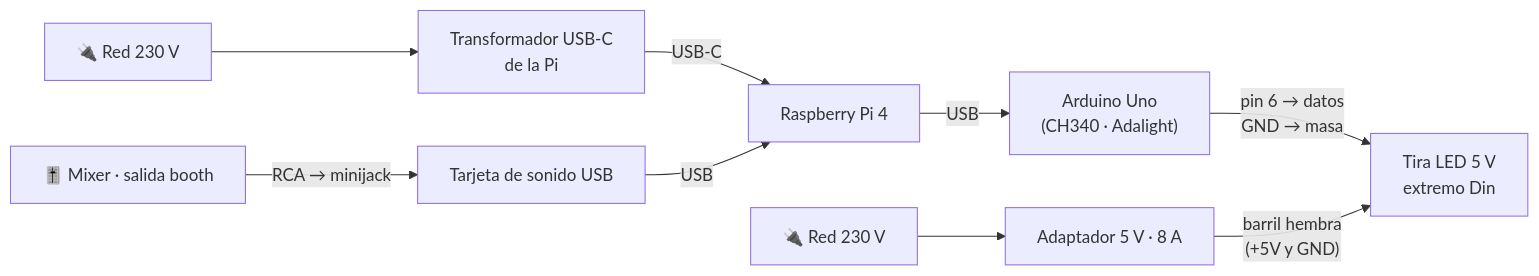
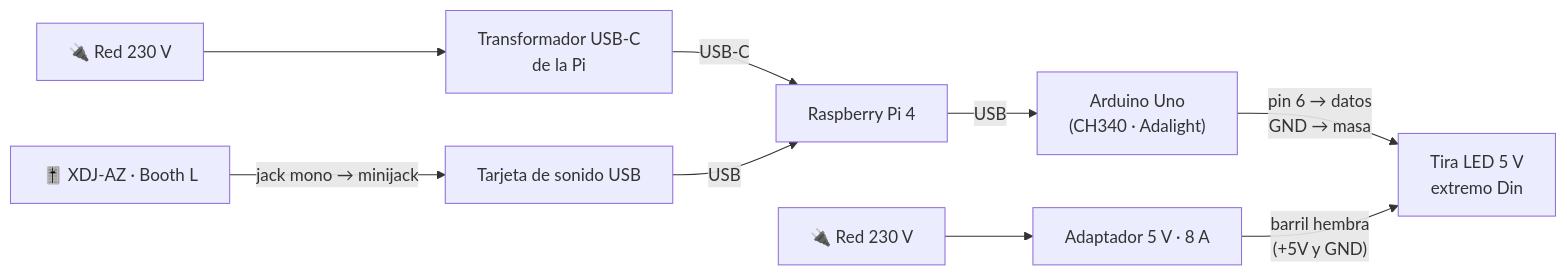
Before and after one commit to 7daysofrain/mood-table-v2: the diagram in HARDWARE_SETUP.md, drawn with Mermaid. The commit also changed other lines of this file and 1 other file, not shown here.

First line of the commit message:
docs: el audio de la mesa con la XDJ-AZ

````diff
--- a/HARDWARE_SETUP.md
+++ b/HARDWARE_SETUP.md
@@ -37,11 +38,11 @@
 ```mermaid
 flowchart LR
   red1["🔌 Red 230 V"] --> trafoPi["Transformador USB-C<br/>de la Pi"]
   red2["🔌 Red 230 V"] --> fuente["Adaptador 5 V · 8 A"]
   trafoPi -->|USB-C| pi["Raspberry Pi 4"]
-  mixer["🎚️ Mixer · salida booth"] -->|RCA → minijack| tarjeta["Tarjeta de sonido USB"]
+  mixer["🎚️ XDJ-AZ · Booth L"] -->|jack mono → minijack| tarjeta["Tarjeta de sonido USB"]
   tarjeta -->|USB| pi
   pi -->|USB| uno["Arduino Uno<br/>(CH340 · Adalight)"]
   uno -->|"pin 6 → datos<br/>GND → masa"| tira["Tira LED 5 V<br/>extremo Din"]
   fuente -->|"barril hembra<br/>(+5V y GND)"| tira
 ```
````
